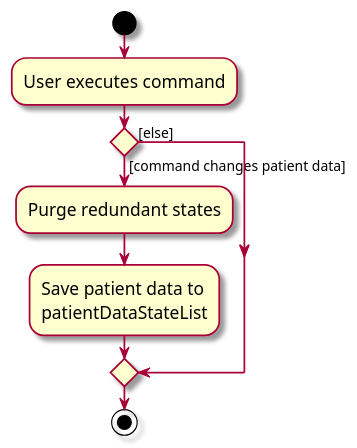
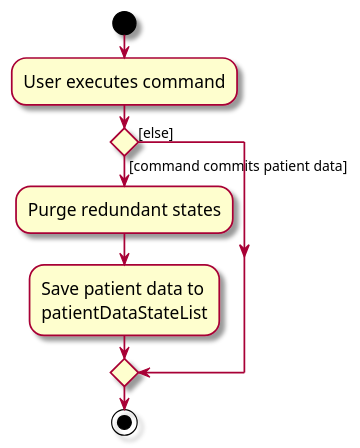
One commit to AY2627S1-CS2103T-W08-1/tp changed the diagram in diagrams/CommitActivityDiagram.puml. Above: the diagram before and after it, drawn with PlantUML. The commit also changed 27 other files, not shown here.

```diff
--- a/diagrams/CommitActivityDiagram.puml
+++ b/diagrams/CommitActivityDiagram.puml
@@ -1,18 +1,18 @@
 @startuml
 skin rose
 skinparam ActivityFontSize 15
 skinparam ArrowFontSize 12
 start
 :User executes command;
 
 'Since the beta syntax does not support placing the condition outside the
 'diamond we place it as the true branch instead.
 
-if () then ([command changes patient data])
+if () then ([command commits patient data])
     :Purge redundant states;
     :Save patient data to
     patientDataStateList;
 else ([else])
 endif
 stop
 @enduml
```
